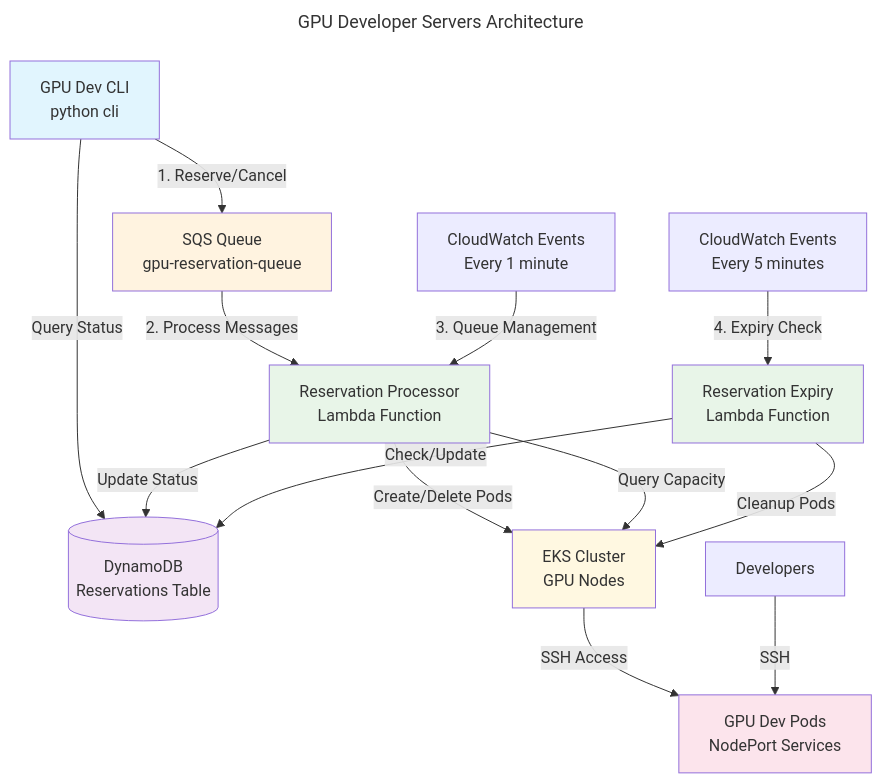
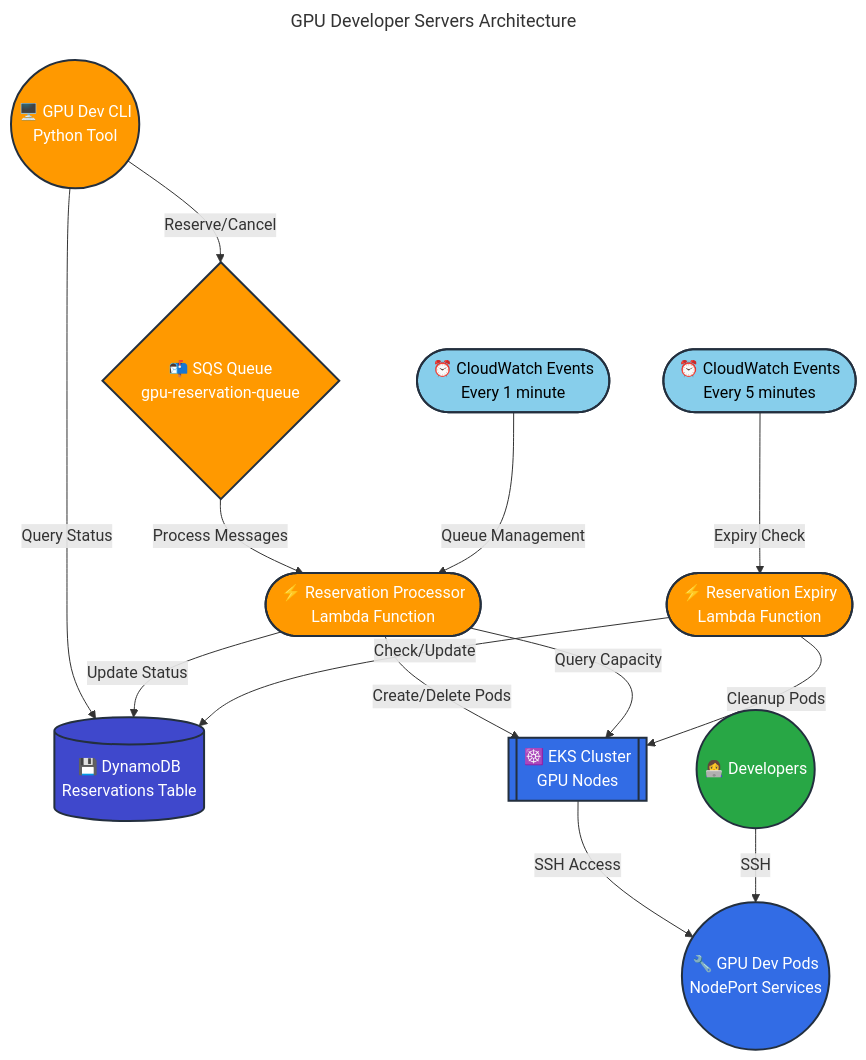
One commit to wdvr/osdc changed the diagram in terraform-gpu-devservers/README.md. Above: the diagram before and after it, drawn with Mermaid.

````diff
--- a/terraform-gpu-devservers/README.md
+++ b/terraform-gpu-devservers/README.md
@@ -80,30 +80,34 @@
 ```mermaid
 ---
 title: GPU Developer Servers Architecture
 ---
 flowchart TB
-    CLI[GPU Dev CLI<br/>python cli] --> |1. Reserve/Cancel| SQS[SQS Queue<br/>gpu-reservation-queue]
-    CLI --> |Query Status| DDB[(DynamoDB<br/>Reservations Table)]
+    CLI(("🖥️ GPU Dev CLI<br/>Python Tool")) --> |Reserve/Cancel| SQS{"📬 SQS Queue<br/>gpu-reservation-queue"}
+    CLI --> |Query Status| DDB[("💾 DynamoDB<br/>Reservations Table")]
 
-    SQS --> |2. Process Messages| LAMBDA1[Reservation Processor<br/>Lambda Function]
-    SCHED[CloudWatch Events<br/>Every 1 minute] --> |3. Queue Management| LAMBDA1
+    SQS --> |Process Messages| LAMBDA1(["⚡ Reservation Processor<br/>Lambda Function"])
+    SCHED(["⏰ CloudWatch Events<br/>Every 1 minute"]) --> |Queue Management| LAMBDA1
 
     LAMBDA1 --> |Update Status| DDB
-    LAMBDA1 --> |Create/Delete Pods| EKS[EKS Cluster<br/>GPU Nodes]
+    LAMBDA1 --> |Create/Delete Pods| EKS[["☸️ EKS Cluster<br/>GPU Nodes"]]
     LAMBDA1 --> |Query Capacity| EKS
 
-    SCHED2[CloudWatch Events<br/>Every 5 minutes] --> |4. Expiry Check| LAMBDA2[Reservation Expiry<br/>Lambda Function]
+    SCHED2(["⏰ CloudWatch Events<br/>Every 5 minutes"]) --> |Expiry Check| LAMBDA2(["⚡ Reservation Expiry<br/>Lambda Function"])
     LAMBDA2 --> |Check/Update| DDB
     LAMBDA2 --> |Cleanup Pods| EKS
 
-    EKS --> |SSH Access| PODS[GPU Dev Pods<br/>NodePort Services]
-    DEVS[Developers] --> |SSH| PODS
+    EKS --> |SSH Access| PODS(("🔧 GPU Dev Pods<br/>NodePort Services"))
+    DEVS(("👩‍💻 Developers")) --> |SSH| PODS
 
-    style CLI fill:#e1f5fe
-    style SQS fill:#fff3e0
-    style DDB fill:#f3e5f5
-    style LAMBDA1 fill:#e8f5e8
-    style LAMBDA2 fill:#e8f5e8
-    style EKS fill:#fff8e1
-    style PODS fill:#fce4ec
+    %% AWS Orange theme colors
+    style CLI fill:#FF9900,stroke:#232F3E,stroke-width:2px,color:#fff
+    style SQS fill:#FF9900,stroke:#232F3E,stroke-width:2px,color:#fff
+    style DDB fill:#3F48CC,stroke:#232F3E,stroke-width:2px,color:#fff
+    style LAMBDA1 fill:#FF9900,stroke:#232F3E,stroke-width:2px,color:#fff
+    style LAMBDA2 fill:#FF9900,stroke:#232F3E,stroke-width:2px,color:#fff
+    style EKS fill:#326CE5,stroke:#232F3E,stroke-width:2px,color:#fff
+    style PODS fill:#326CE5,stroke:#232F3E,stroke-width:2px,color:#fff
+    style SCHED fill:#87CEEB,stroke:#232F3E,stroke-width:2px,color:#000
+    style SCHED2 fill:#87CEEB,stroke:#232F3E,stroke-width:2px,color:#000
+    style DEVS fill:#28A745,stroke:#232F3E,stroke-width:2px,color:#fff
 ```
````
